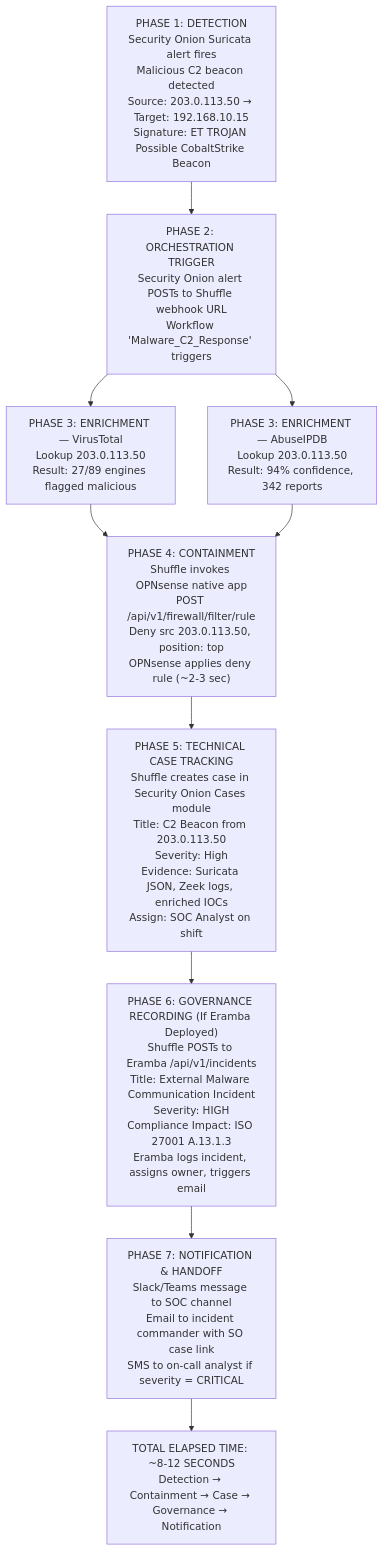
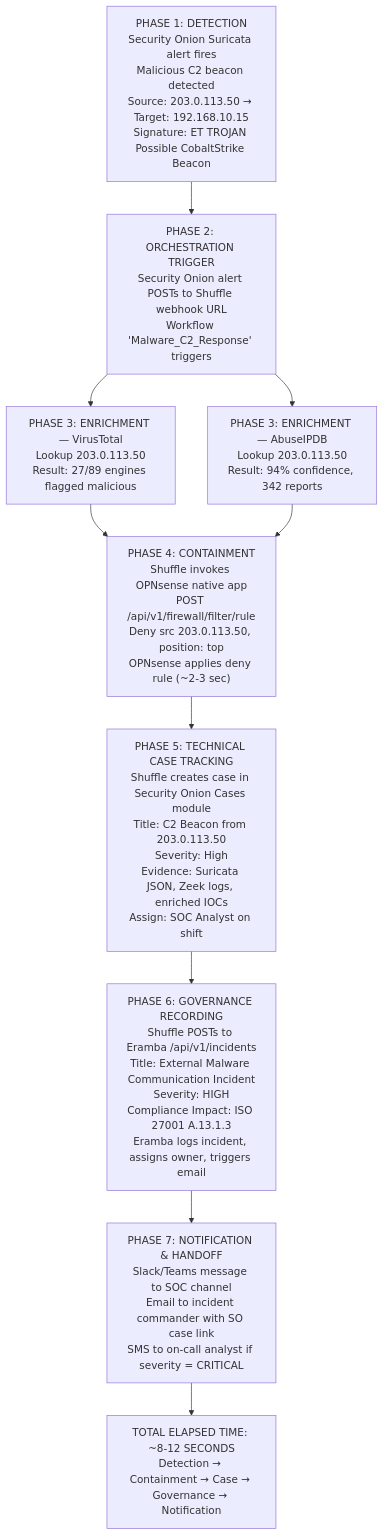
Before and after one commit to sreilly1977/dlh-cyber_security: the second of 2 diagrams in notes/Open-Source_Security_Stack.md, drawn with Mermaid.

````diff
--- a/notes/Open-Source_Security_Stack.md
+++ b/notes/Open-Source_Security_Stack.md
@@ -198,29 +198,29 @@
 ```mermaid
 flowchart TD
     PHASE1["PHASE 1: DETECTION<br/>Security Onion Suricata alert fires<br/>Malicious C2 beacon detected<br/>Source: 203.0.113.50 → Target: 192.168.10.15<br/>Signature: ET TROJAN Possible CobaltStrike Beacon"]
 
     PHASE2["PHASE 2: ORCHESTRATION TRIGGER<br/>Security Onion alert POSTs to Shuffle webhook URL<br/>Workflow 'Malware_C2_Response' triggers"]
 
     PHASE3A["PHASE 3: ENRICHMENT — VirusTotal<br/>Lookup 203.0.113.50<br/>Result: 27/89 engines flagged malicious"]
     PHASE3B["PHASE 3: ENRICHMENT — AbuseIPDB<br/>Lookup 203.0.113.50<br/>Result: 94% confidence, 342 reports"]
 
     PHASE4["PHASE 4: CONTAINMENT<br/>Shuffle invokes OPNsense native app<br/>POST /api/v1/firewall/filter/rule<br/>Deny src 203.0.113.50, position: top<br/>OPNsense applies deny rule (~2-3 sec)"]
 
     PHASE5["PHASE 5: TECHNICAL CASE TRACKING<br/>Shuffle creates case in Security Onion Cases module<br/>Title: C2 Beacon from 203.0.113.50<br/>Severity: High<br/>Evidence: Suricata JSON, Zeek logs, enriched IOCs<br/>Assign: SOC Analyst on shift"]
 
-    PHASE6["PHASE 6: GOVERNANCE RECORDING (If Eramba Deployed)<br/>Shuffle POSTs to Eramba /api/v1/incidents<br/>Title: External Malware Communication Incident<br/>Severity: HIGH<br/>Compliance Impact: ISO 27001 A.13.1.3<br/>Eramba logs incident, assigns owner, triggers email"]
+    PHASE6["PHASE 6: GOVERNANCE RECORDING<br/>Shuffle POSTs to Eramba /api/v1/incidents<br/>Title: External Malware Communication Incident<br/>Severity: HIGH<br/>Compliance Impact: ISO 27001 A.13.1.3<br/>Eramba logs incident, assigns owner, triggers email"]
 
     PHASE7["PHASE 7: NOTIFICATION & HANDOFF<br/>Slack/Teams message to SOC channel<br/>Email to incident commander with SO case link<br/>SMS to on-call analyst if severity = CRITICAL"]
 
     TOTAL["TOTAL ELAPSED TIME: ~8-12 SECONDS<br/>Detection → Containment → Case → Governance → Notification"]
 
     PHASE1 --> PHASE2
     PHASE2 --> PHASE3A
     PHASE2 --> PHASE3B
     PHASE3A --> PHASE4
     PHASE3B --> PHASE4
     PHASE4 --> PHASE5
     PHASE5 --> PHASE6
     PHASE6 --> PHASE7
     PHASE7 --> TOTAL
 ```
````
